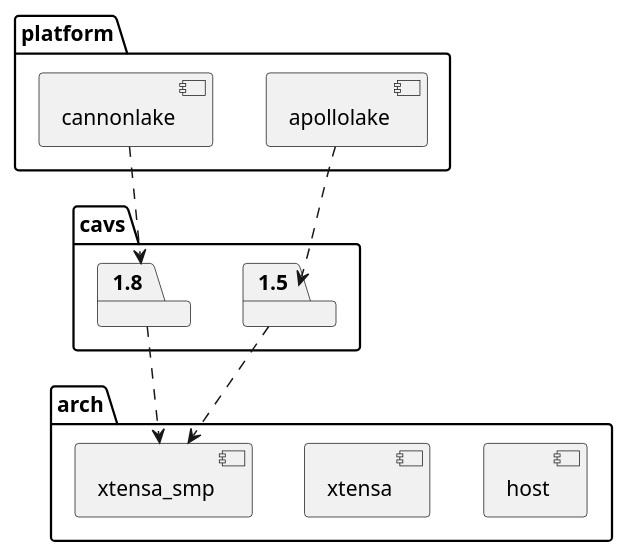
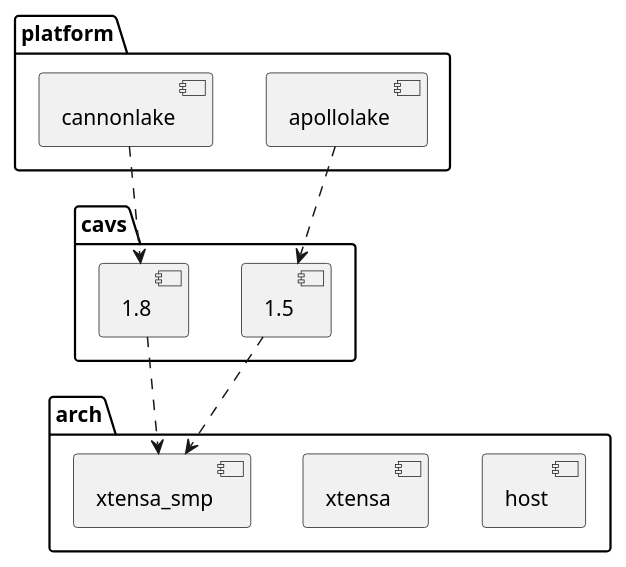
Before and after one commit to thesofproject/sof-docs: the diagram in platforms/intel-cavs/images/cavs-platform-deps.pu, drawn with PlantUML. The commit also changed 2 other files, not shown here.

Commit message:
doc: plantuml diagrams use official color palette

```diff
--- a/platforms/intel-cavs/images/cavs-platform-deps.pu
+++ b/platforms/intel-cavs/images/cavs-platform-deps.pu
@@ -1,21 +1,21 @@
 package cavs {
-   package 1.5
-   package 1.8
+   component 1.5
+   component 1.8
 }
 
 package arch {
    component host
    component xtensa
    component xtensa_smp
 }
 
 1.5 ..> xtensa_smp
 1.8 ..> xtensa_smp
 
 package platform {
    component apollolake
    component cannonlake
 }
 
 apollolake ..> 1.5
 cannonlake ..> 1.8
```
